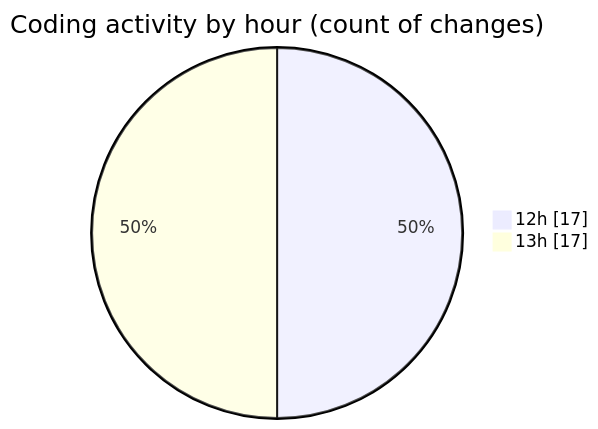
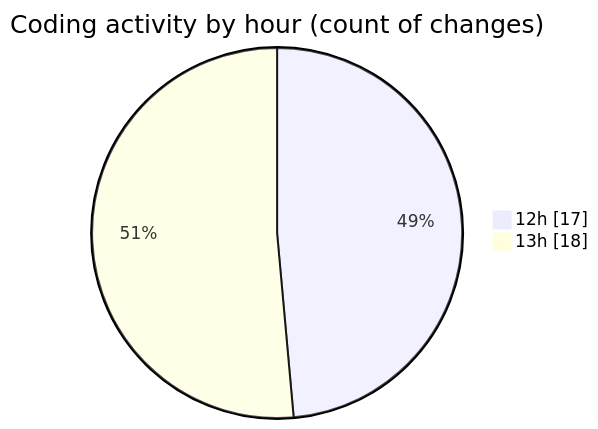
The second of 2 diagrams in 2025-06-01/video_app/README.md (CELIANVF/code-tracking), drawn with Mermaid before and after one commit. The commit also changed other lines of this file and 1 other file, not shown here.

````diff
--- a/2025-06-01/video_app/README.md
+++ b/2025-06-01/video_app/README.md
@@ -37,6 +37,6 @@
 ```mermaid
 pie showData
 title Coding activity by hour (count of changes)
 "12h" : 17
-"13h" : 17
+"13h" : 18
 ```
````
